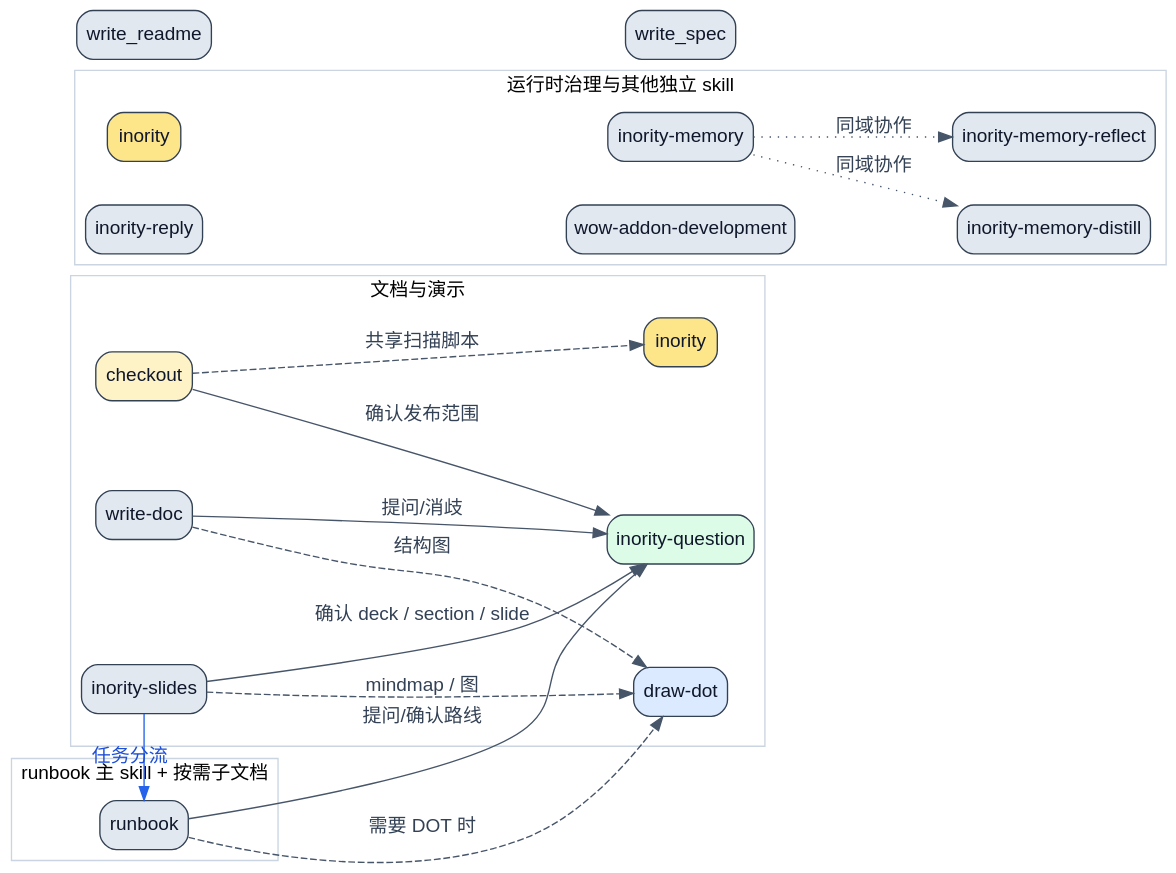
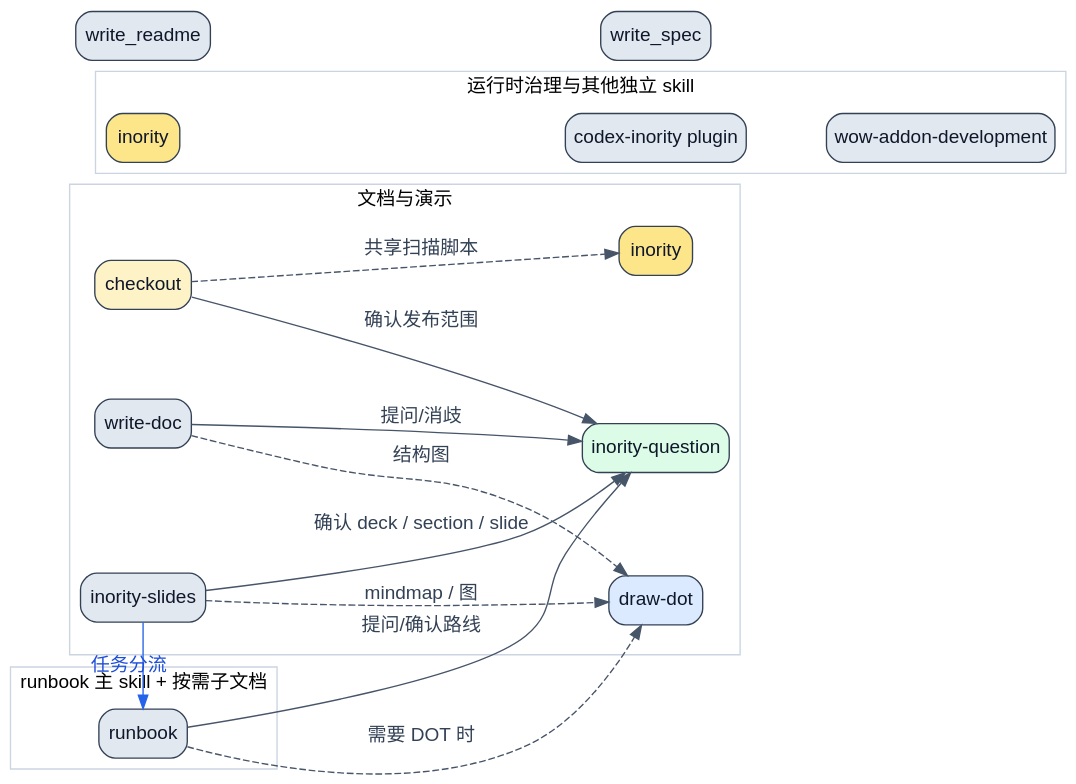
The diagram in skills/README.md (terencefan/inority-workspace), drawn with Graphviz before and after one commit. The commit also changed other lines of this file and 111 other files, not shown here.

````diff
--- a/skills/README.md
+++ b/skills/README.md
@@ -51,73 +47,68 @@
 ```dot
 digraph skills_topology {
   graph [
     rankdir=LR,
     bgcolor="transparent",
     pad="0.25",
     nodesep="0.45",
     ranksep="0.8",
     fontname="Arial"
   ];
   node [
     shape=box,
     style="rounded,filled",
     fontname="Arial",
     color="#334155",
     fillcolor="#e2e8f0",
     fontcolor="#0f172a"
   ];
   edge [
     color="#475569",
     fontname="Arial",
     fontcolor="#334155"
   ];
 
   subgraph cluster_docs {
     label="文档与演示";
     color="#cbd5e1";
     checkout [label="checkout", fillcolor="#fef3c7"];
     inority_base [label="inority", fillcolor="#fde68a"];
     write_doc [label="write-doc"];
     inority_slides [label="inority-slides"];
     draw_dot [label="draw-dot", fillcolor="#dbeafe"];
     inority_question [label="inority-question", fillcolor="#dcfce7"];
   }
 
   subgraph cluster_runbook {
     label="runbook 主 skill + 按需子文档";
     color="#cbd5e1";
     runbook [label="runbook"];
   }
 
   subgraph cluster_runtime {
     label="运行时治理与其他独立 skill";
     color="#cbd5e1";
     inority_base_runtime [label="inority", fillcolor="#fde68a"];
-    inority_memory [label="inority-memory"];
-    inority_memory_distill [label="inority-memory-distill"];
-    inority_memory_reflect [label="inority-memory-reflect"];
-    inority_reply [label="inority-reply"];
+    codex_inority [label="codex-inority plugin"];
     wow_addon [label="wow-addon-development"];
   }
 
   checkout -> inority_question [label="确认发布范围"];
   checkout -> inority_base [style=dashed, label="共享扫描脚本"];
 
   write_doc -> inority_question [label="提问/消歧"];
   write_doc -> draw_dot [style=dashed, label="结构图"];
 
   inority_slides -> inority_question [label="确认 deck / section / slide"];
   inority_slides -> draw_dot [style=dashed, label="mindmap / 图"];
   inority_slides -> runbook [label="任务分流", color="#2563eb", fontcolor="#1d4ed8"];
 
   runbook -> inority_question [label="提问/确认路线"];
   runbook -> draw_dot [style=dashed, label="需要 DOT 时"];
 
-  inority_memory -> inority_memory_distill [style=dotted, label="同域协作"];
-  inority_memory -> inority_memory_reflect [style=dotted, label="同域协作"];
-  inority_base_runtime -> inority_memory [style=invis];
+  inority_base_runtime -> codex_inority [style=invis];
 
-  inority_reply -> wow_addon [style=invis];
+  codex_inority -> wow_addon [style=invis];
   write_readme -> write_spec [style=invis];
 }
 ```
````
